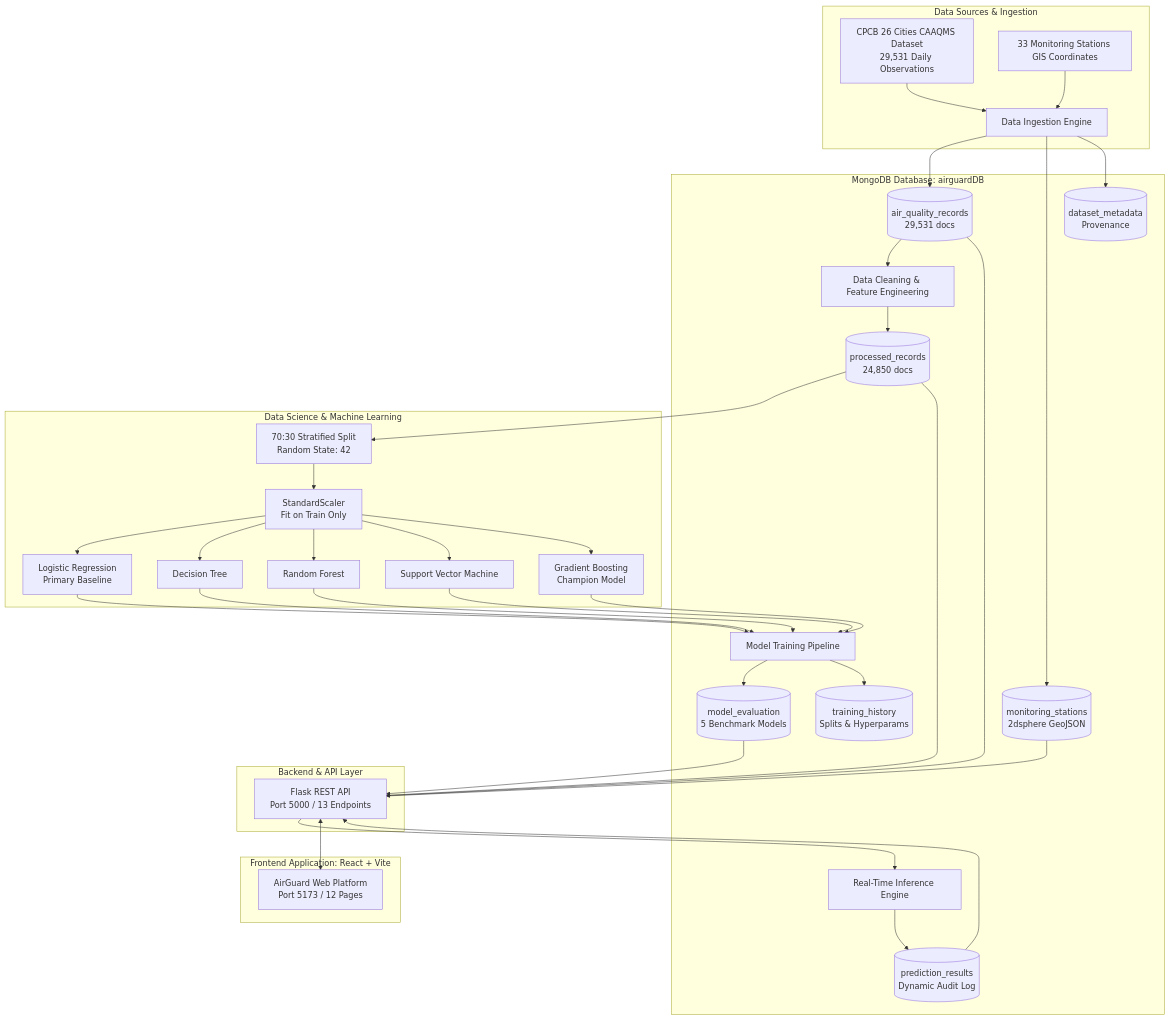
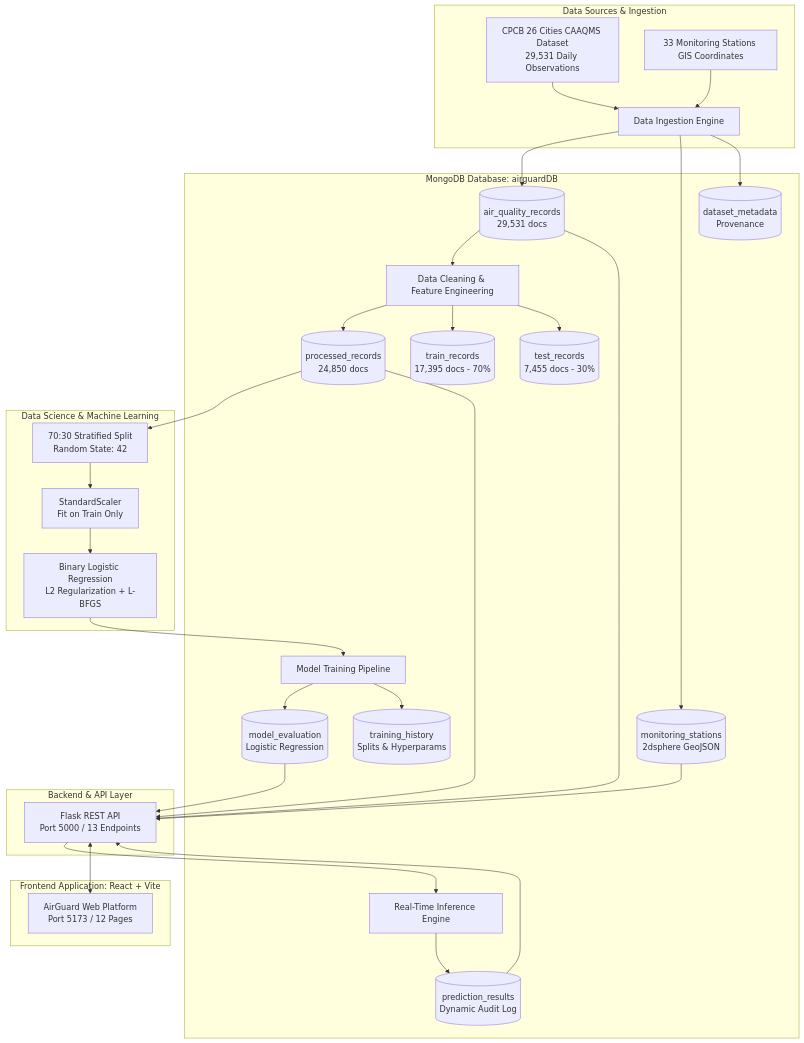
One commit to rajdikshant07/AQI-Mongo-Project changed the diagram in README.md. Above: the diagram before and after it, drawn with Mermaid. The commit also changed other lines of this file and 16 other files, not shown here.

Commit message:
feat: complete pure Logistic Regression through MongoDB platform with 70:30 split, train/test collections, and 12-page web app

````diff
--- a/README.md
+++ b/README.md
@@ -30,46 +30,39 @@
 ```mermaid
 flowchart TD
     subgraph Data Sources & Ingestion
         A[CPCB 26 Cities CAAQMS Dataset<br>29,531 Daily Observations] --> B[Data Ingestion Engine]
         S[33 Monitoring Stations GIS Coordinates] --> B
     end
 
     subgraph MongoDB Database: airguardDB
         B --> C[(air_quality_records<br>29,531 docs)]
         B --> D[(monitoring_stations<br>2dsphere GeoJSON)]
         B --> E[(dataset_metadata<br>Provenance)]
         
         C --> F[Data Cleaning & Feature Engineering]
         F --> G[(processed_records<br>24,850 docs)]
+        F --> G1[(train_records<br>17,395 docs - 70%)]
+        F --> G2[(test_records<br>7,455 docs - 30%)]
         
-        M_Train[Model Training Pipeline] --> H[(model_evaluation<br>5 Benchmark Models)]
+        M_Train[Model Training Pipeline] --> H[(model_evaluation<br>Logistic Regression)]
         M_Train --> I[(training_history<br>Splits & Hyperparams)]
         
         Live_Inf[Real-Time Inference Engine] --> J[(prediction_results<br>Dynamic Audit Log)]
     end
 
     subgraph Data Science & Machine Learning
         G --> Split[70:30 Stratified Split<br>Random State: 42]
         Split --> Scaling[StandardScaler<br>Fit on Train Only]
-        Scaling --> LR[Logistic Regression<br>Primary Baseline]
-        Scaling --> DT[Decision Tree]
-        Scaling --> RF[Random Forest]
-        Scaling --> SVM[Support Vector Machine]
-        Scaling --> GB[Gradient Boosting<br>Champion Model]
-        
+        Scaling --> LR[Binary Logistic Regression<br>L2 Regularization + L-BFGS]
         LR --> M_Train
-        DT --> M_Train
-        RF --> M_Train
-        SVM --> M_Train
-        GB --> M_Train
     end
 
     subgraph Backend & API Layer
         G & C & H & J & D --> FlaskAPI[Flask REST API<br>Port 5000 / 13 Endpoints]
         FlaskAPI --> Live_Inf
     end
 
     subgraph Frontend Application: React + Vite
         FlaskAPI <--> ReactUI[AirGuard Web Platform<br>Port 5173 / 12 Pages]
     end
 ```
````
